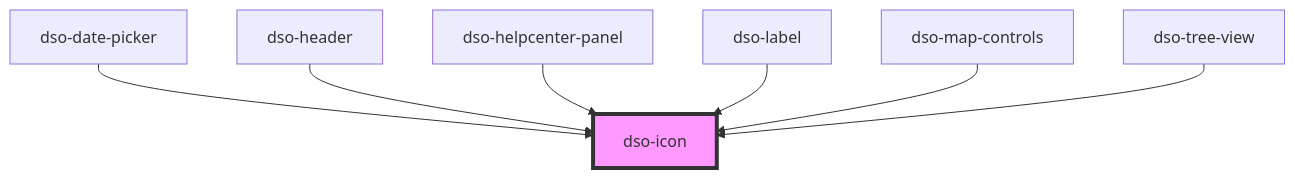
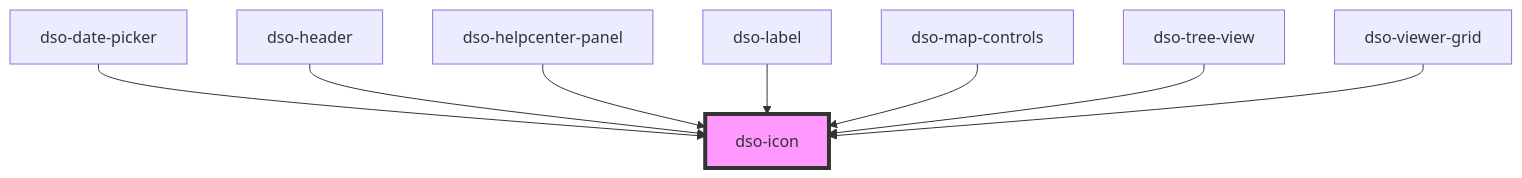
The diagram in packages/core/src/components/icon/readme.md (dso-toolkit/dso-toolkit), drawn with Mermaid before and after one commit. The commit also changed other lines of this file and 34 other files, not shown here.

Commit message:
#1403 Nieuw Web Component "Viewer Grid"

````diff
--- a/packages/core/src/components/icon/readme.md
+++ b/packages/core/src/components/icon/readme.md
@@ -27,10 +28,11 @@
 ```mermaid
 graph TD;
   dso-date-picker --> dso-icon
   dso-header --> dso-icon
   dso-helpcenter-panel --> dso-icon
   dso-label --> dso-icon
   dso-map-controls --> dso-icon
   dso-tree-view --> dso-icon
+  dso-viewer-grid --> dso-icon
   style dso-icon fill:#f9f,stroke:#333,stroke-width:4px
 ```
````
